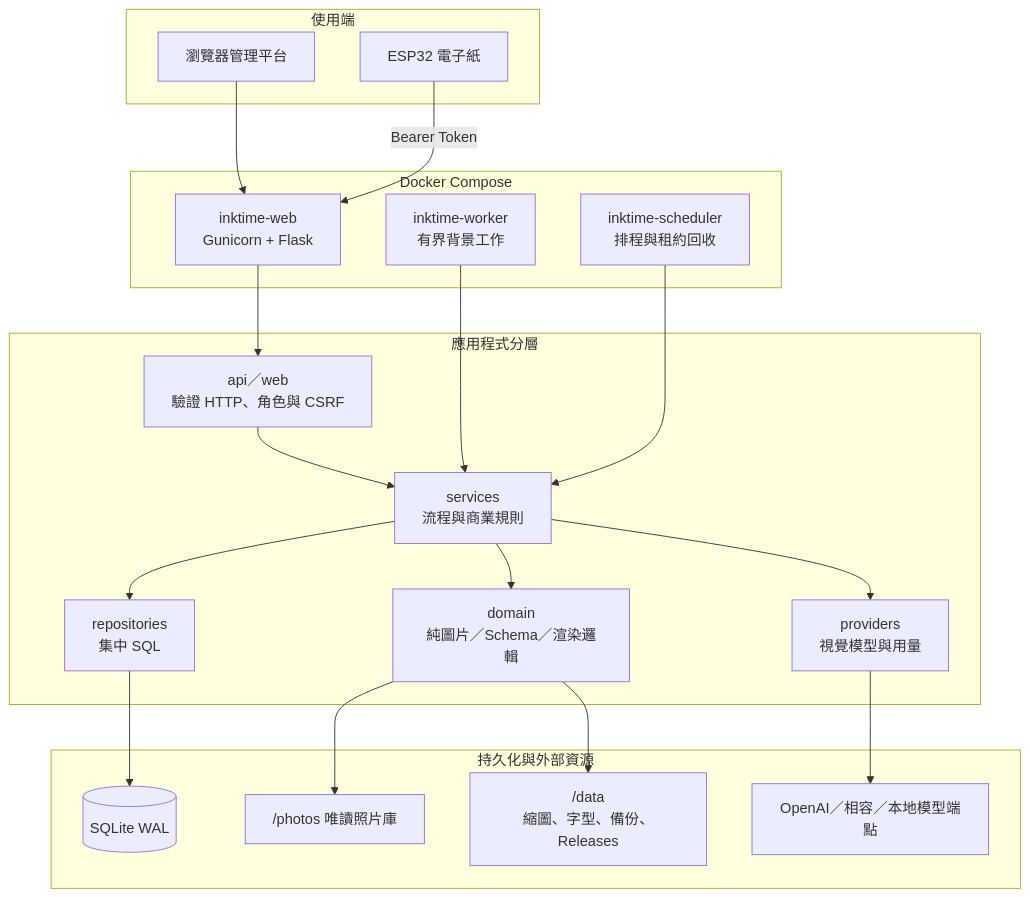
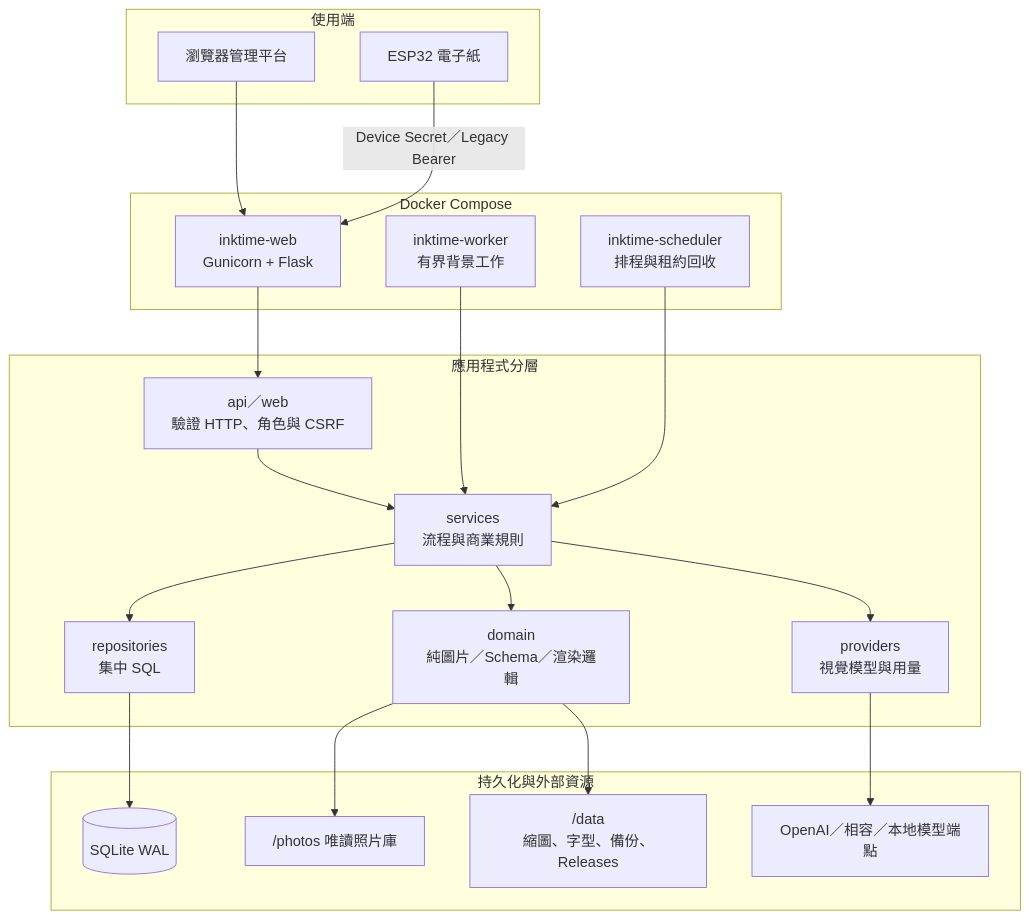
One commit to steven87090799/InkTime changed the first of 3 diagrams in docs/architecture/ARCHITECTURE_ZH_TW.md. Above: the diagram before and after it, drawn with Mermaid. The commit also changed other lines of this file and 26 other files, not shown here.

````diff
--- a/docs/architecture/ARCHITECTURE_ZH_TW.md
+++ b/docs/architecture/ARCHITECTURE_ZH_TW.md
@@ -11,39 +11,39 @@
 ```mermaid
 flowchart TB
     subgraph clients["使用端"]
         BROWSER["瀏覽器管理平台"]
         DEVICE["ESP32 電子紙"]
     end
 
     subgraph containers["Docker Compose"]
         WEB["inktime-web<br/>Gunicorn + Flask"]
         WORKER["inktime-worker<br/>有界背景工作"]
         SCHEDULER["inktime-scheduler<br/>排程與租約回收"]
     end
 
     subgraph layers["應用程式分層"]
         ROUTE["api／web<br/>驗證 HTTP、角色與 CSRF"]
         SERVICE["services<br/>流程與商業規則"]
         DOMAIN["domain<br/>純圖片／Schema／渲染邏輯"]
         REPOSITORY["repositories<br/>集中 SQL"]
         PROVIDER["providers<br/>視覺模型與用量"]
     end
 
     subgraph persistence["持久化與外部資源"]
         SQLITE[("SQLite WAL")]
         PHOTO["/photos 唯讀照片庫"]
         DATA["/data<br/>縮圖、字型、備份、Releases"]
         MODEL["OpenAI／相容／本地模型端點"]
     end
 
     BROWSER --> WEB
-    DEVICE -->|"Bearer Token"| WEB
+    DEVICE -->|"Device Secret／Legacy Bearer"| WEB
     WEB --> ROUTE --> SERVICE
     WORKER --> SERVICE
     SCHEDULER --> SERVICE
     SERVICE --> DOMAIN
     SERVICE --> REPOSITORY --> SQLITE
     SERVICE --> PROVIDER --> MODEL
     DOMAIN --> PHOTO
     DOMAIN --> DATA
 ```
````
